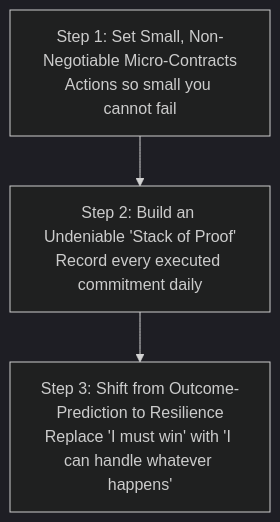
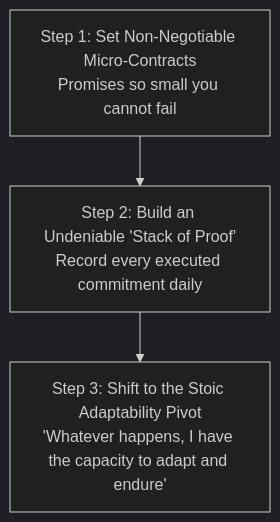
One commit to vs00918/aravalli changed the fifth of 5 diagrams in knowledge-tree/nodes/chapter-08-the-architecture-of-true-confidence.md. Above: the diagram before and after it, drawn with Mermaid (dark theme). The commit also changed other lines of this file and 8 other files, not shown here.

Commit message:
feat(banking-ca): deploy golden magazine architecture with p1 comprehension layer

````diff
--- a/knowledge-tree/nodes/chapter-08-the-architecture-of-true-confidence.md
+++ b/knowledge-tree/nodes/chapter-08-the-architecture-of-true-confidence.md
@@ -68,6 +102,6 @@
 ```mermaid
 graph TD
-    P1[Step 1: Set Small, Non-Negotiable Micro-Contracts<br>Actions so small you cannot fail]
-    --> P2[Step 2: Build an Undeniable 'Stack of Proof'<br>Record every executed commitment daily]
-    --> P3[Step 3: Shift from Outcome-Prediction to Resilience<br>Replace 'I must win' with 'I can handle whatever happens']
+    B1[Step 1: Set Non-Negotiable Micro-Contracts<br>Promises so small you cannot fail]
+    --> B2[Step 2: Build an Undeniable 'Stack of Proof'<br>Record every executed commitment daily]
+    --> B3[Step 3: Shift to the Stoic Adaptability Pivot<br>'Whatever happens, I have the capacity to adapt and endure']
 ```
````
